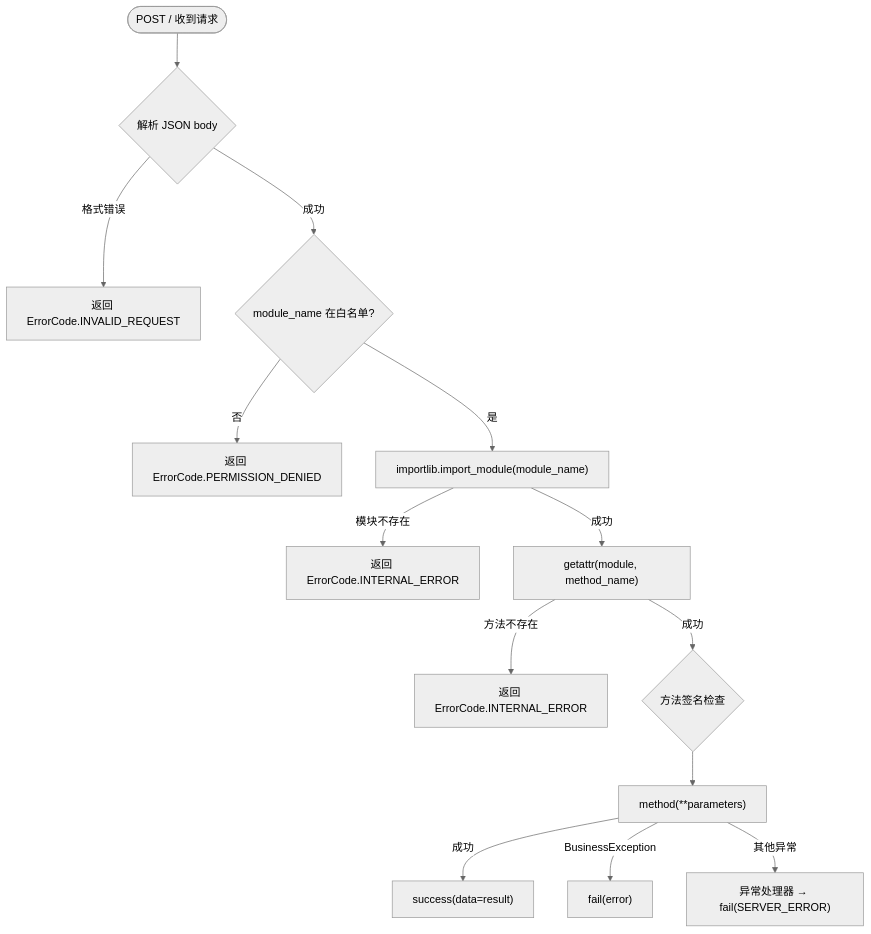
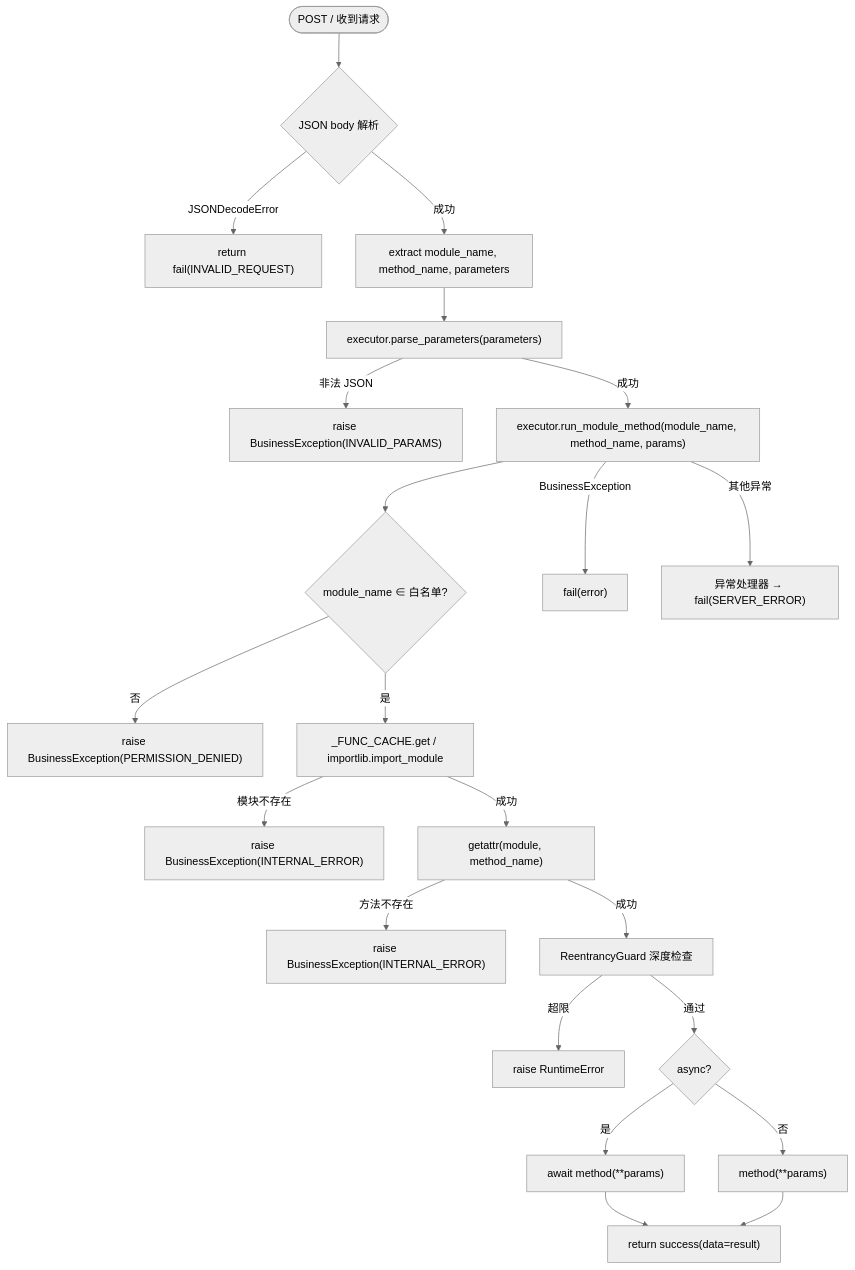
The second of 4 diagrams in YiKnowledge/projects/yiai/devs/2026-07/03-prd-task-RPC信封协议.md (effiy/YrY), drawn with Mermaid (neutral theme) before and after one commit. The commit also changed other lines of this file and 4958 other files, not shown here.

````diff
--- a/YiKnowledge/projects/yiai/devs/2026-07/03-prd-task-RPC信封协议.md
+++ b/YiKnowledge/projects/yiai/devs/2026-07/03-prd-task-RPC信封协议.md
@@ -102,16 +199,24 @@
 ```mermaid
 flowchart TD
-  A(["POST / 收到请求"]) --> B{"解析 JSON body"}
-  B -- 格式错误 --> B1["返回 ErrorCode.INVALID_REQUEST"]
-  B -- 成功 --> C{"module_name 在白名单?"}
-  C -- 否 --> C1["返回 ErrorCode.PERMISSION_DENIED"]
-  C -- 是 --> D["importlib.import_module(module_name)"]
-  D -- 模块不存在 --> D1["返回 ErrorCode.INTERNAL_ERROR"]
-  D -- 成功 --> E["getattr(module, method_name)"]
-  E -- 方法不存在 --> E1["返回 ErrorCode.INTERNAL_ERROR"]
-  E -- 成功 --> F{"方法签名检查"}
-  F --> G["method(**parameters)"]
-  G -- 成功 --> H["success(data=result)"]
-  G -- BusinessException --> I["fail(error)"]
-  G -- 其他异常 --> J["异常处理器 → fail(SERVER_ERROR)"]
+  A(["POST / 收到请求"]) --> B{"JSON body 解析"}
+  B -- "JSONDecodeError" --> B1["return fail(INVALID_REQUEST)"]
+  B -- "成功" --> C["extract module_name, method_name, parameters"]
+  C --> D["executor.parse_parameters(parameters)"]
+  D -- "非法 JSON" --> D1["raise BusinessException(INVALID_PARAMS)"]
+  D -- "成功" --> E["executor.run_module_method(module_name, method_name, params)"]
+  E --> F{"module_name ∈ 白名单?"}
+  F -- "否" --> F1["raise BusinessException(PERMISSION_DENIED)"]
+  F -- "是" --> G["_FUNC_CACHE.get / importlib.import_module"]
+  G -- "模块不存在" --> G1["raise BusinessException(INTERNAL_ERROR)"]
+  G -- "成功" --> H["getattr(module, method_name)"]
+  H -- "方法不存在" --> H1["raise BusinessException(INTERNAL_ERROR)"]
+  H -- "成功" --> I["ReentrancyGuard 深度检查"]
+  I -- "超限" --> I1["raise RuntimeError"]
+  I -- "通过" --> J{"async?"}
+  J -- "是" --> K["await method(**params)"]
+  J -- "否" --> L["method(**params)"]
+  K --> M["return success(data=result)"]
+  L --> M
+  E -- "BusinessException" --> N["fail(error)"]
+  E -- "其他异常" --> O["异常处理器 → fail(SERVER_ERROR)"]
 ```
````
